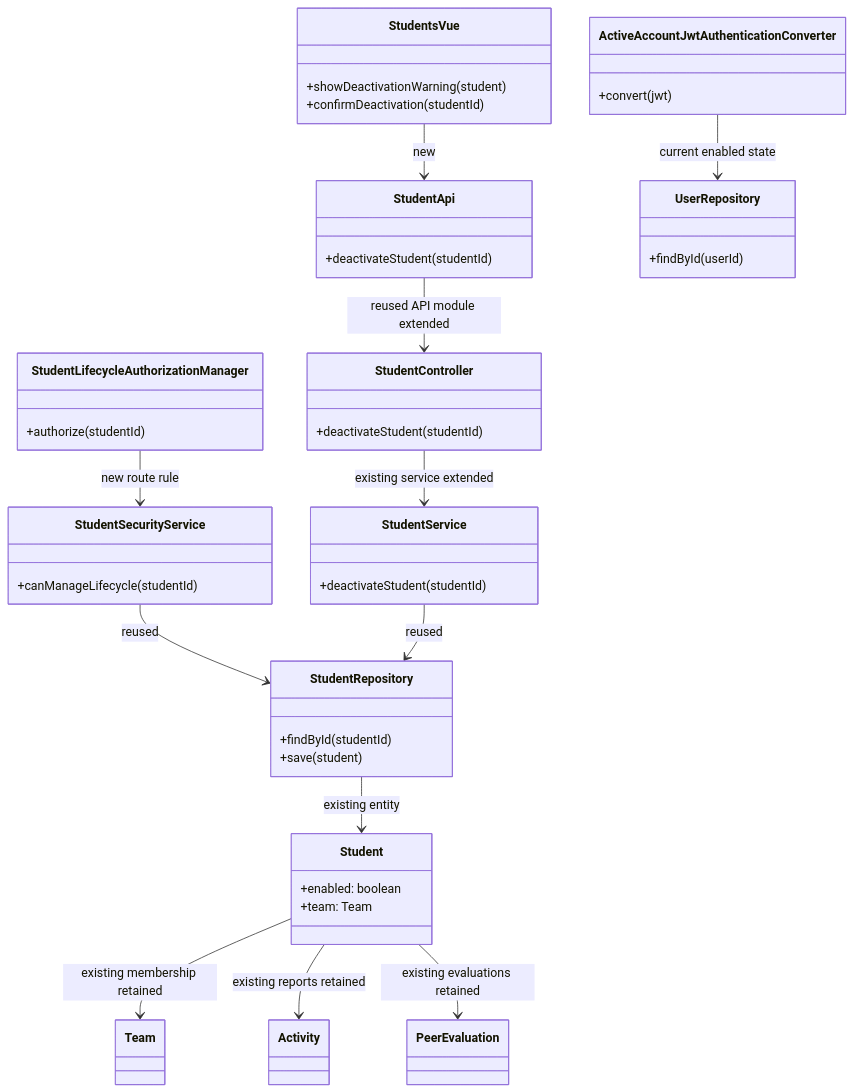
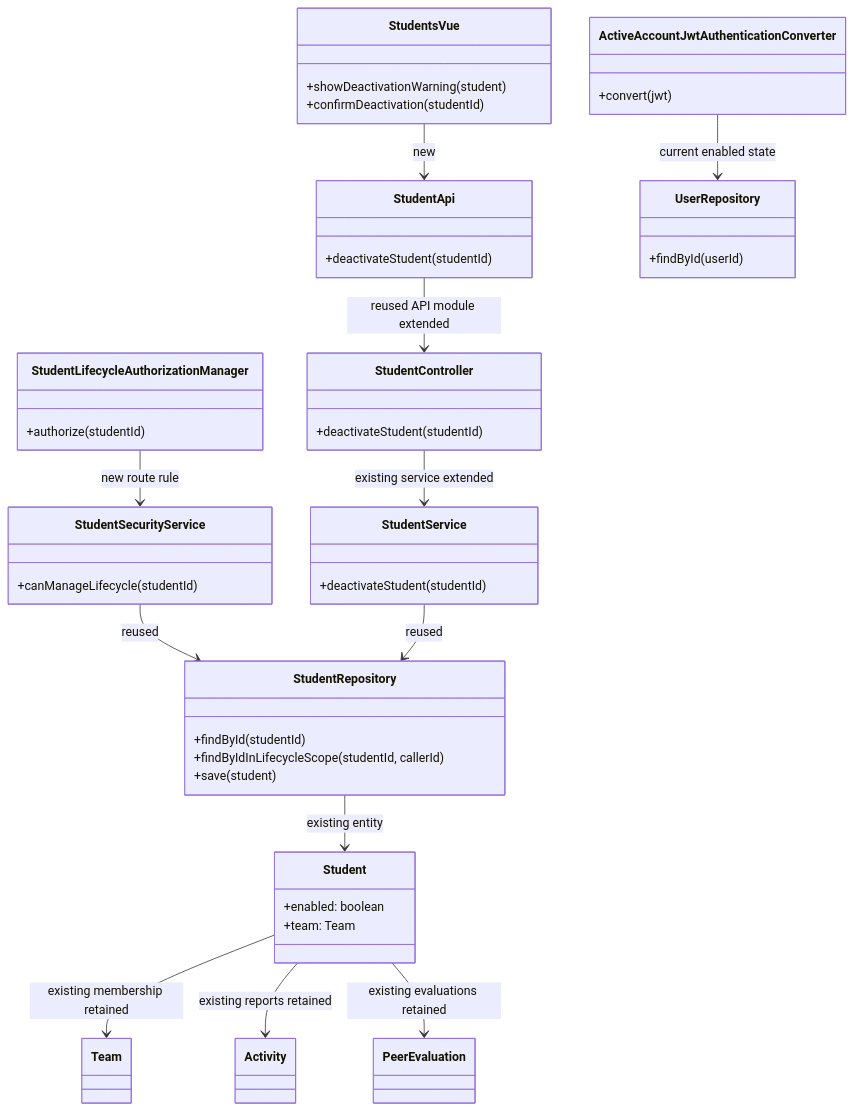
Before and after one commit to afifafs/add-a-use-case: the first of 3 diagrams in docs/design/stu.md, drawn with Mermaid. The commit also changed other lines of this file and 2 other files, not shown here.

Commit message:
Document student deactivation coverage

````diff
--- a/docs/design/stu.md
+++ b/docs/design/stu.md
@@ -13,51 +13,52 @@
 ```mermaid
 classDiagram
     class StudentsVue {
       +showDeactivationWarning(student)
       +confirmDeactivation(studentId)
     }
     class StudentApi {
       +deactivateStudent(studentId)
     }
     class StudentController {
       +deactivateStudent(studentId)
     }
     class StudentLifecycleAuthorizationManager {
       +authorize(studentId)
     }
     class StudentSecurityService {
       +canManageLifecycle(studentId)
     }
     class StudentService {
       +deactivateStudent(studentId)
     }
     class StudentRepository {
       +findById(studentId)
+      +findByIdInLifecycleScope(studentId, callerId)
       +save(student)
     }
     class ActiveAccountJwtAuthenticationConverter {
       +convert(jwt)
     }
     class UserRepository {
       +findById(userId)
     }
     class Student {
       +enabled: boolean
       +team: Team
     }
     class Team
     class Activity
     class PeerEvaluation
 
     StudentsVue --> StudentApi : new
     StudentApi --> StudentController : reused API module extended
     StudentController --> StudentService : existing service extended
     StudentLifecycleAuthorizationManager --> StudentSecurityService : new route rule
     StudentSecurityService --> StudentRepository : reused
     StudentService --> StudentRepository : reused
     StudentRepository --> Student : existing entity
     Student --> Team : existing membership retained
     Student --> Activity : existing reports retained
     Student --> PeerEvaluation : existing evaluations retained
     ActiveAccountJwtAuthenticationConverter --> UserRepository : current enabled state
 ```
````
